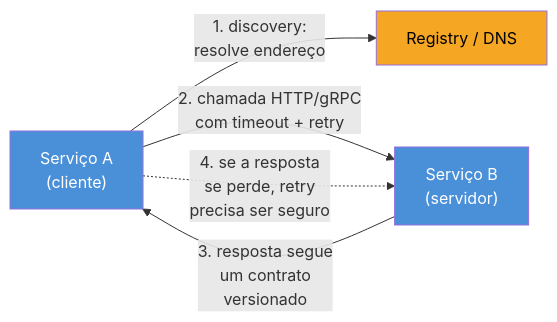
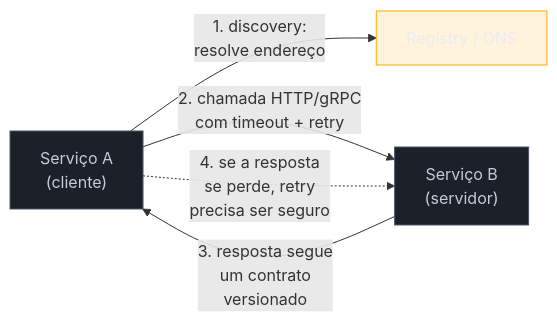
The first of 3 diagrams in 03-Dominios/Tecnologia/Go/14 - Microservices e arquitetura/07 - Comunicação entre serviços.md (josenaldo/codex-technomanticus), drawn with Mermaid before and after one commit. The commit also changed 1181 other files, not shown here.

First line of the commit message:
fix(diagramas): paleta do sistema no lugar de cor cravada no markdown

````diff
--- a/03-Dominios/Tecnologia/Go/14 - Microservices e arquitetura/07 - Comunicação entre serviços.md
+++ b/03-Dominios/Tecnologia/Go/14 - Microservices e arquitetura/07 - Comunicação entre serviços.md
@@ -37,11 +37,13 @@
 ```mermaid
 flowchart LR
+    classDef neutro fill:#1B2029,stroke:#4E5666,color:#C6CCD8
+    classDef destaque fill:#FFAA0024,stroke:#FFAA00,color:#E9ECF2
     A["Serviço A\n(cliente)"] -->|"1. discovery:\nresolve endereço"| B["Registry / DNS"]
     A -->|"2. chamada HTTP/gRPC\ncom timeout + retry"| C["Serviço B\n(servidor)"]
     C -->|"3. resposta segue\num contrato\nversionado"| A
     A -.->|"4. se a resposta\nse perde, retry\nprecisa ser seguro"| C
 
-    style A fill:#4A90D9,color:#fff
-    style C fill:#4A90D9,color:#fff
-    style B fill:#F5A623,color:#000
+    class A neutro
+    class C neutro
+    class B destaque
 ```
````
